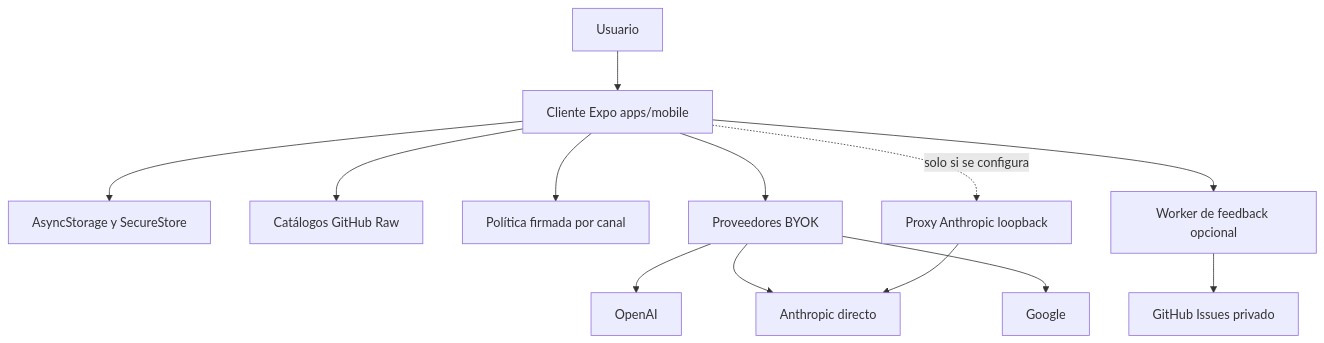
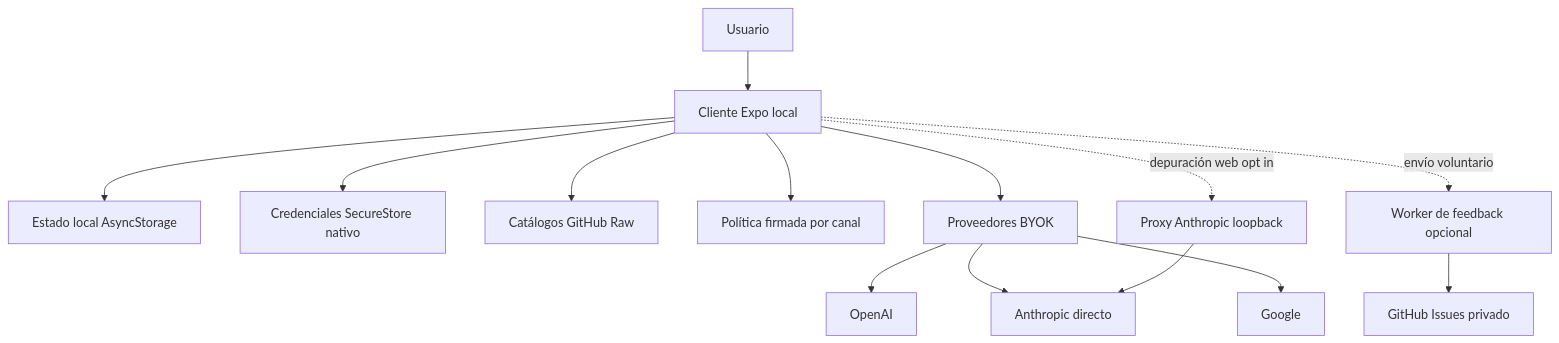
One commit to maximofn/gymnasia changed the diagram in openwiki/architecture/overview.md. Above: the diagram before and after it, drawn with Mermaid. The commit also changed other lines of this file and 49 other files, not shown here.

````diff
--- a/openwiki/architecture/overview.md
+++ b/openwiki/architecture/overview.md
@@ -53,15 +59,16 @@
 ```mermaid
 flowchart TD
-    Person["Usuario"] --> Client["Cliente Expo apps/mobile"]
-    Client --> Local["AsyncStorage y SecureStore"]
+    User["Usuario"] --> Client["Cliente Expo local"]
+    Client --> State["Estado local AsyncStorage"]
+    Client --> Secrets["Credenciales SecureStore nativo"]
     Client --> Catalogs["Catálogos GitHub Raw"]
     Client --> Policy["Política firmada por canal"]
-    Client --> Providers["Proveedores BYOK"]
-    Providers --> OpenAI["OpenAI"]
-    Providers --> Anthropic["Anthropic directo"]
-    Providers --> Google["Google"]
-    Client --> Feedback["Worker de feedback opcional"]
+    Client --> BYOK["Proveedores BYOK"]
+    BYOK --> OpenAI["OpenAI"]
+    BYOK --> Anthropic["Anthropic directo"]
+    BYOK --> Google["Google"]
+    Client -. "envío voluntario" .-> Feedback["Worker de feedback opcional"]
     Feedback --> GitHub["GitHub Issues privado"]
-    Client -. "solo si se configura" .-> Proxy["Proxy Anthropic loopback"]
+    Client -. "depuración web opt in" .-> Proxy["Proxy Anthropic loopback"]
     Proxy --> Anthropic
 ```
````
